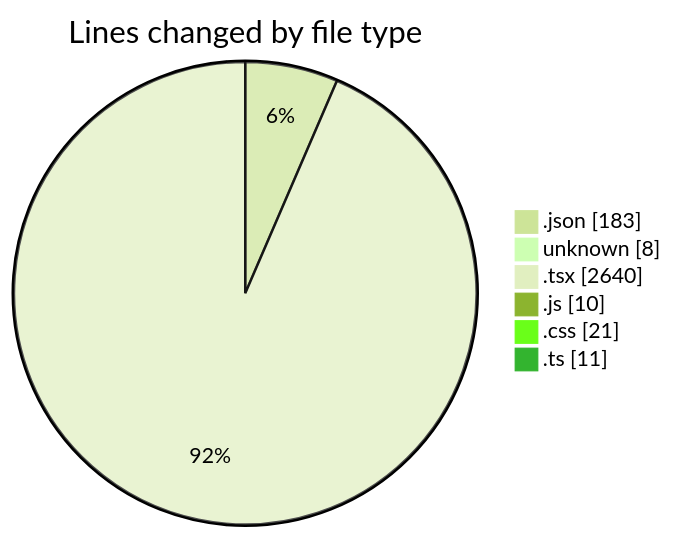
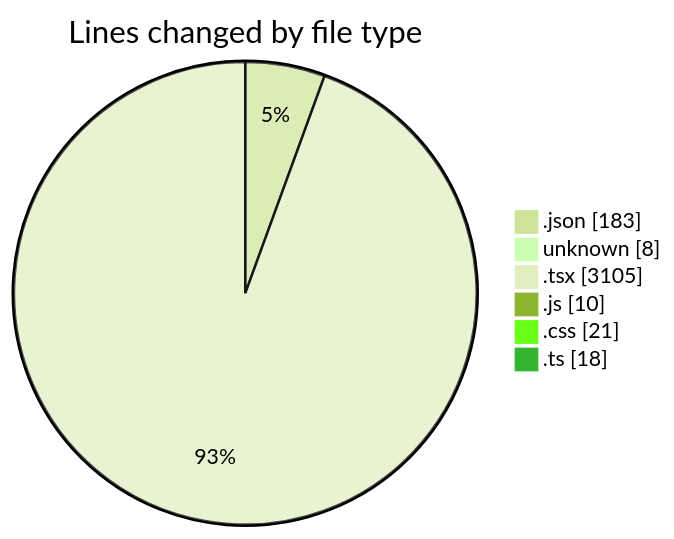
Before and after one commit to Elitesun/code-tracking: the first of 2 diagrams in 2025-05-02/niten/README.md, drawn with Mermaid (forest theme). The commit also changed other lines of this file and 1 other file, not shown here.

````diff
--- a/2025-05-02/niten/README.md
+++ b/2025-05-02/niten/README.md
@@ -40,10 +42,10 @@
 ```mermaid
 pie showData
 title Lines changed by file type
 ".json" : 183
 "unknown" : 8
-".tsx" : 2640
+".tsx" : 3105
 ".js" : 10
 ".css" : 21
-".ts" : 11
+".ts" : 18
 ```
````
